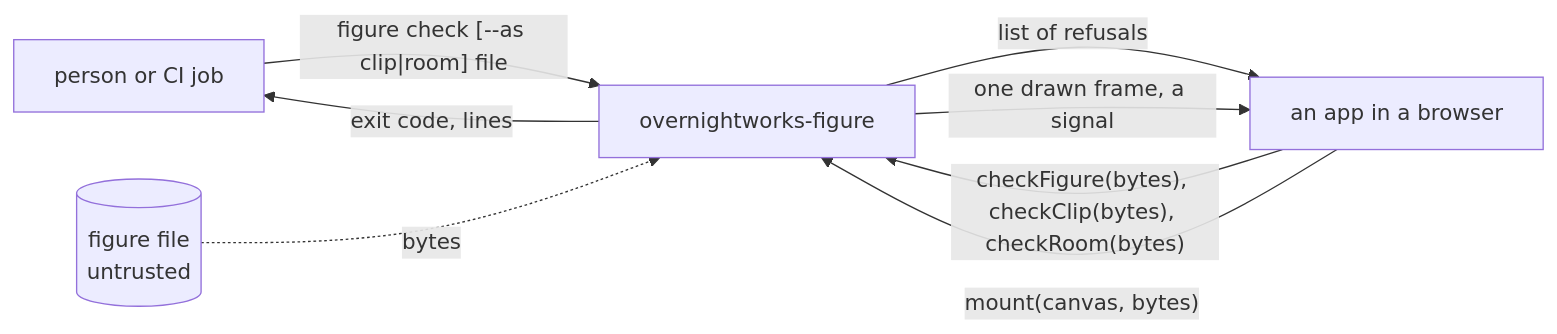
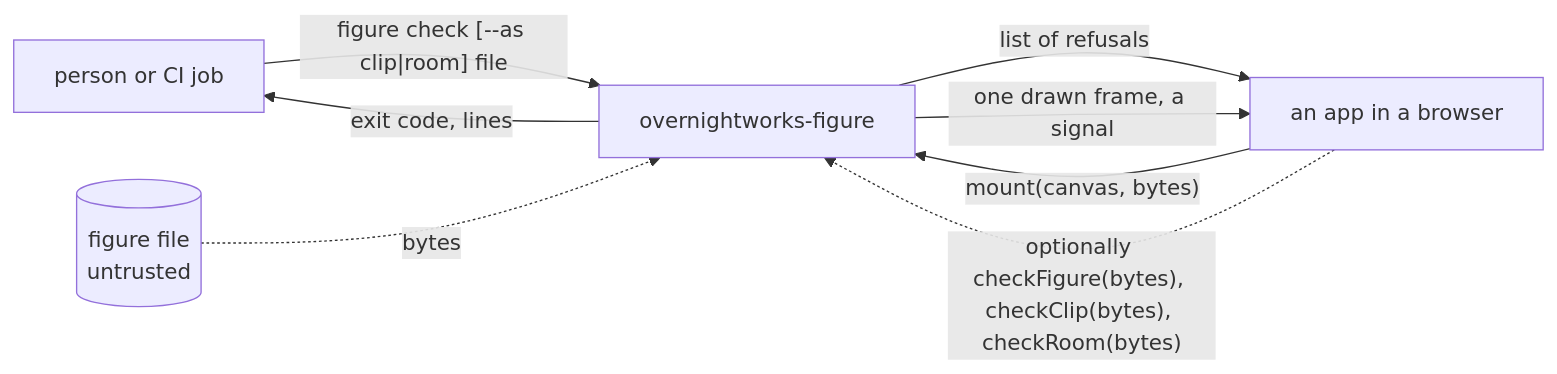
The first of 4 diagrams in docs/ARCHITECTURE.md (overnightworks/figure), drawn with Mermaid before and after one commit. The commit also changed other lines of this file and 2 other files, not shown here.

Commit message:
Say who calls the check today and list the code ahead of its caller (#156)
Documents name the callers that exist today (mount, the command, an app under the calling standard); `.aco/ahead-of-caller.toml` lists speak's timed sounds (hopin#800) and the in-call room change (agents#1068). No code changes.

Routing: build sonnet/medium; fix none; review sonnet/high; test sonnet/medium; gate none; land haiku/low. Fix rounds: 0. Blocking: none

Closes #155

🤖 Generated with [Claude Code](https://claude.com/claude-code)

Work-Item: #155

````diff
--- a/docs/ARCHITECTURE.md
+++ b/docs/ARCHITECTURE.md
@@ -7,10 +7,10 @@
 ```mermaid
 flowchart LR
     caller["person or CI job"] -->|"figure check [--as clip|room] file"| package
-    app["an app in a browser"] -->|"checkFigure(bytes), checkClip(bytes), checkRoom(bytes)"| package
-    app -->|"mount(canvas, bytes)"| package
+    app["an app in a browser"] -->|"mount(canvas, bytes)"| package
+    app -.->|"optionally checkFigure(bytes), checkClip(bytes), checkRoom(bytes)"| package
     package["overnightworks-figure"] -->|"exit code, lines"| caller
     package -->|"list of refusals"| app
     package -->|"one drawn frame, a signal"| app
     file[("figure file<br/>untrusted")] -.->|"bytes"| package
 ```
````
